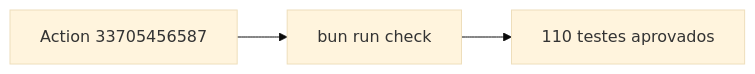
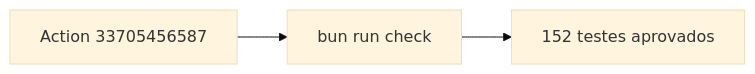
Before and after one commit to renansko/jugle-gaming-test: the seventh of 7 diagrams in evidencias/testes-unitarios.md, drawn with Mermaid (base theme). The commit also changed other lines of this file and 6 other files, not shown here.

````diff
--- a/evidencias/testes-unitarios.md
+++ b/evidencias/testes-unitarios.md
@@ -83,5 +83,5 @@
 ```mermaid
 flowchart LR
     Action["Action 33705456587"] --> Command["bun run check"]
-    Command --> Result["110 testes aprovados"]
+    Command --> Result["152 testes aprovados"]
 ```
````
